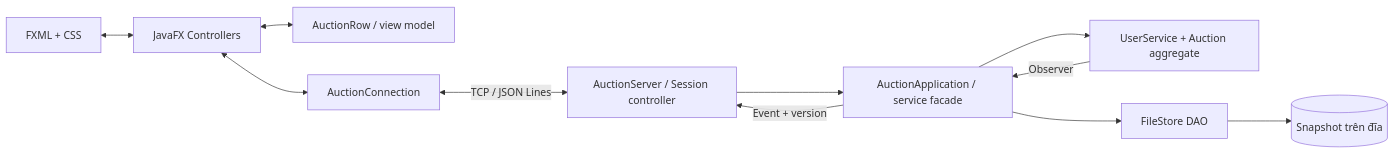
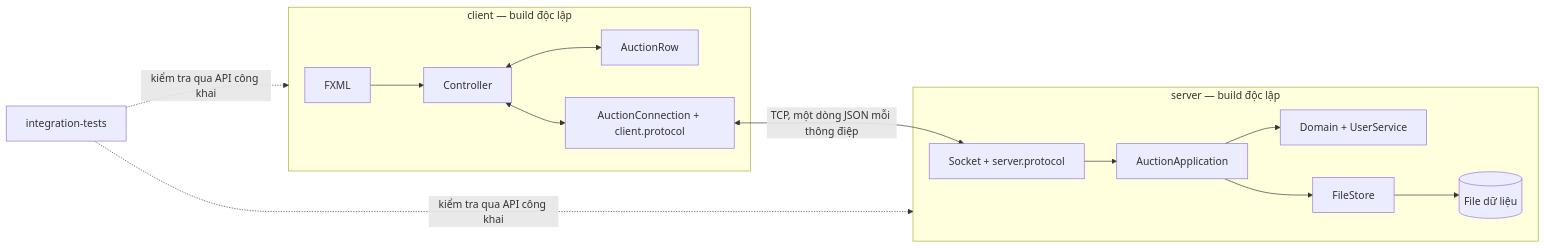
Before and after one commit to lphucxyz-alt/auction-system: the first of 2 diagrams in docs/architecture.md, drawn with Mermaid. The commit also changed other lines of this file and 21 other files, not shown here.

Commit message:
refactor(client): simplify JavaFX screens and document four work areas

````diff
--- a/docs/architecture.md
+++ b/docs/architecture.md
@@ -5,13 +5,17 @@
 ```mermaid
 flowchart LR
-  V[FXML + CSS] <--> C[JavaFX Controllers]
-  C <--> VM[AuctionRow / view model]
-  C <--> N[AuctionConnection]
-  N <-->|TCP / JSON Lines| S[AuctionServer / Session controller]
-  S --> A[AuctionApplication / service facade]
-  A --> D[UserService + Auction aggregate]
-  A --> DAO[FileStore DAO]
-  DAO --> F[(Snapshot trên đĩa)]
-  D -->|Observer| A
-  A -->|Event + version| S
+  subgraph Client[client — build độc lập]
+    V[FXML] --> C[Controller]
+    C <--> M[AuctionRow]
+    C <--> N[AuctionConnection + client.protocol]
+  end
+  subgraph Server[server — build độc lập]
+    S[Socket + server.protocol] --> A[AuctionApplication]
+    A --> D[Domain + UserService]
+    A --> DAO[FileStore]
+    DAO --> F[(File dữ liệu)]
+  end
+  N <-->|TCP, một dòng JSON mỗi thông điệp| S
+  T[integration-tests] -.kiểm tra qua API công khai.-> Client
+  T -.kiểm tra qua API công khai.-> Server
 ```
````
